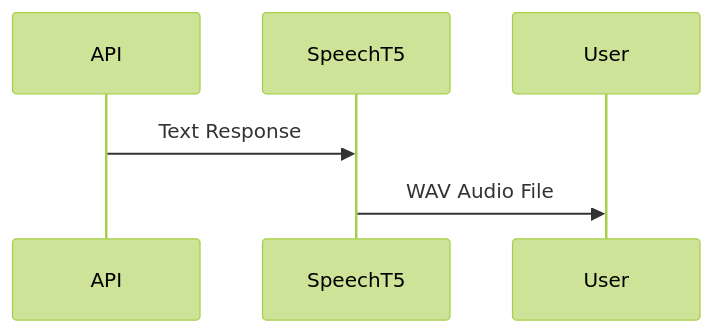
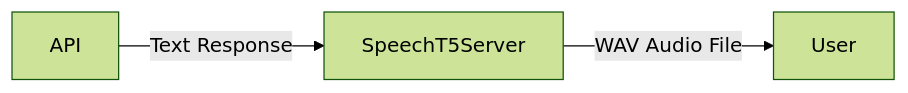
The fourth of 4 diagrams in opea-comps/opea-testing/technical_analysis.md (SuperNolvas/free-genai-bootcamp-2025), drawn with Mermaid (forest theme) before and after one commit. The commit also changed other lines of this file, not shown here.

Commit message:
Fix Mermaid diagram rendering, remove duplication to simplify pipeline illustration

````diff
--- a/opea-comps/opea-testing/technical_analysis.md
+++ b/opea-comps/opea-testing/technical_analysis.md
@@ -126,9 +111,4 @@
-   ```mermaid
-   sequenceDiagram
-       participant API
-       participant SpeechT5
-       participant User
-       
-       API->>SpeechT5: Text Response
-       SpeechT5->>User: WAV Audio File
-   ```
+    ```mermaid
+    graph LR
+        API -- Text Response --> SpeechT5Server -- WAV Audio File --> User
+    ```
````
